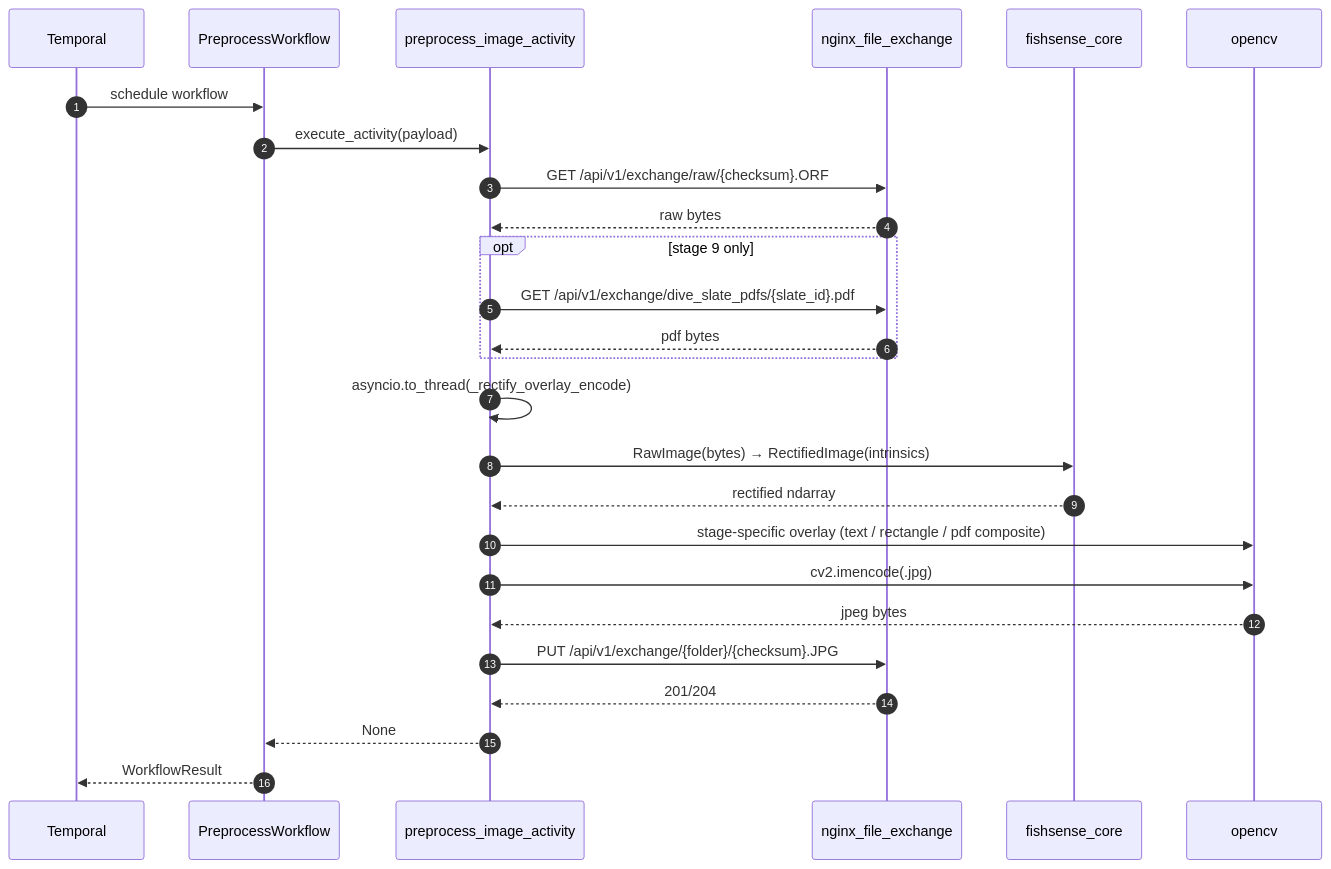
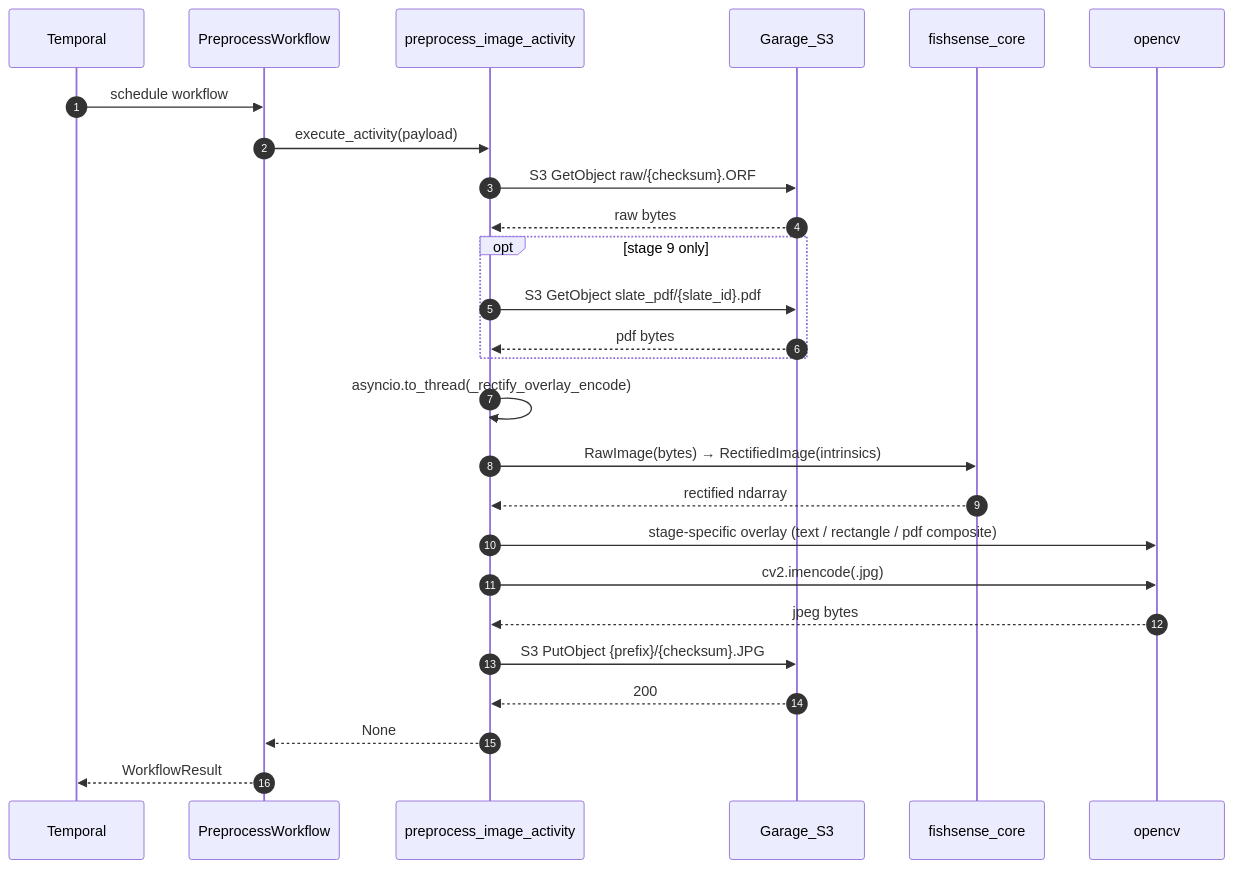
One commit to UCSD-E4E/fishsense-lite changed the fifth of 8 diagrams in docs/diagrams.md. Above: the diagram before and after it, drawn with Mermaid. The commit also changed other lines of this file, not shown here.

First line of the commit message:
docs: redraw architecture diagrams for the Garage object-store migration

````diff
--- a/docs/diagrams.md
+++ b/docs/diagrams.md
@@ -411,29 +415,29 @@
 ```mermaid
 sequenceDiagram
     autonumber
     participant T as Temporal
     participant W as PreprocessWorkflow
     participant A as preprocess_image_activity
-    participant FX as nginx_file_exchange
+    participant OS as Garage_S3
     participant FC as fishsense_core
     participant CV as opencv
 
     T->>W: schedule workflow
     W->>A: execute_activity(payload)
-    A->>FX: GET /api/v1/exchange/raw/{checksum}.ORF
-    FX-->>A: raw bytes
+    A->>OS: S3 GetObject raw/{checksum}.ORF
+    OS-->>A: raw bytes
     opt stage 9 only
-        A->>FX: GET /api/v1/exchange/dive_slate_pdfs/{slate_id}.pdf
-        FX-->>A: pdf bytes
+        A->>OS: S3 GetObject slate_pdf/{slate_id}.pdf
+        OS-->>A: pdf bytes
     end
     A->>A: asyncio.to_thread(_rectify_overlay_encode)
     A->>FC: RawImage(bytes) → RectifiedImage(intrinsics)
     FC-->>A: rectified ndarray
     A->>CV: stage-specific overlay (text / rectangle / pdf composite)
     A->>CV: cv2.imencode(.jpg)
     CV-->>A: jpeg bytes
-    A->>FX: PUT /api/v1/exchange/{folder}/{checksum}.JPG
-    FX-->>A: 201/204
+    A->>OS: S3 PutObject {prefix}/{checksum}.JPG
+    OS-->>A: 200
     A-->>W: None
     W-->>T: WorkflowResult
 ```
````
